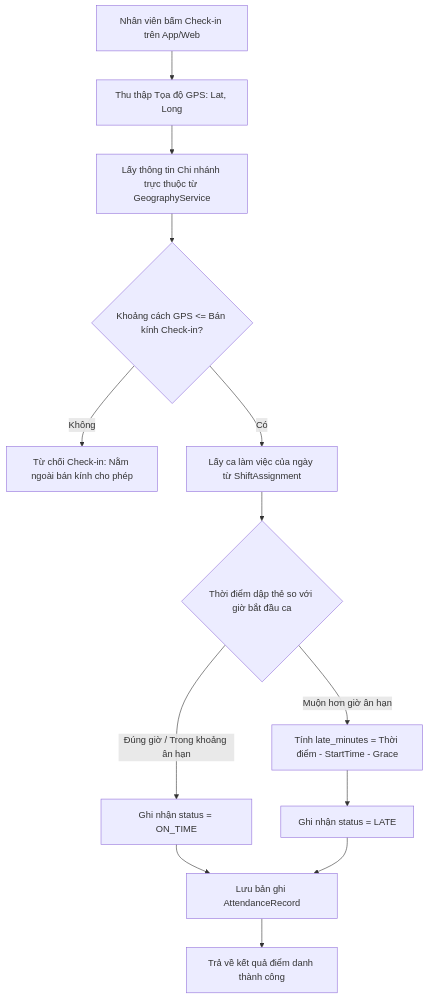
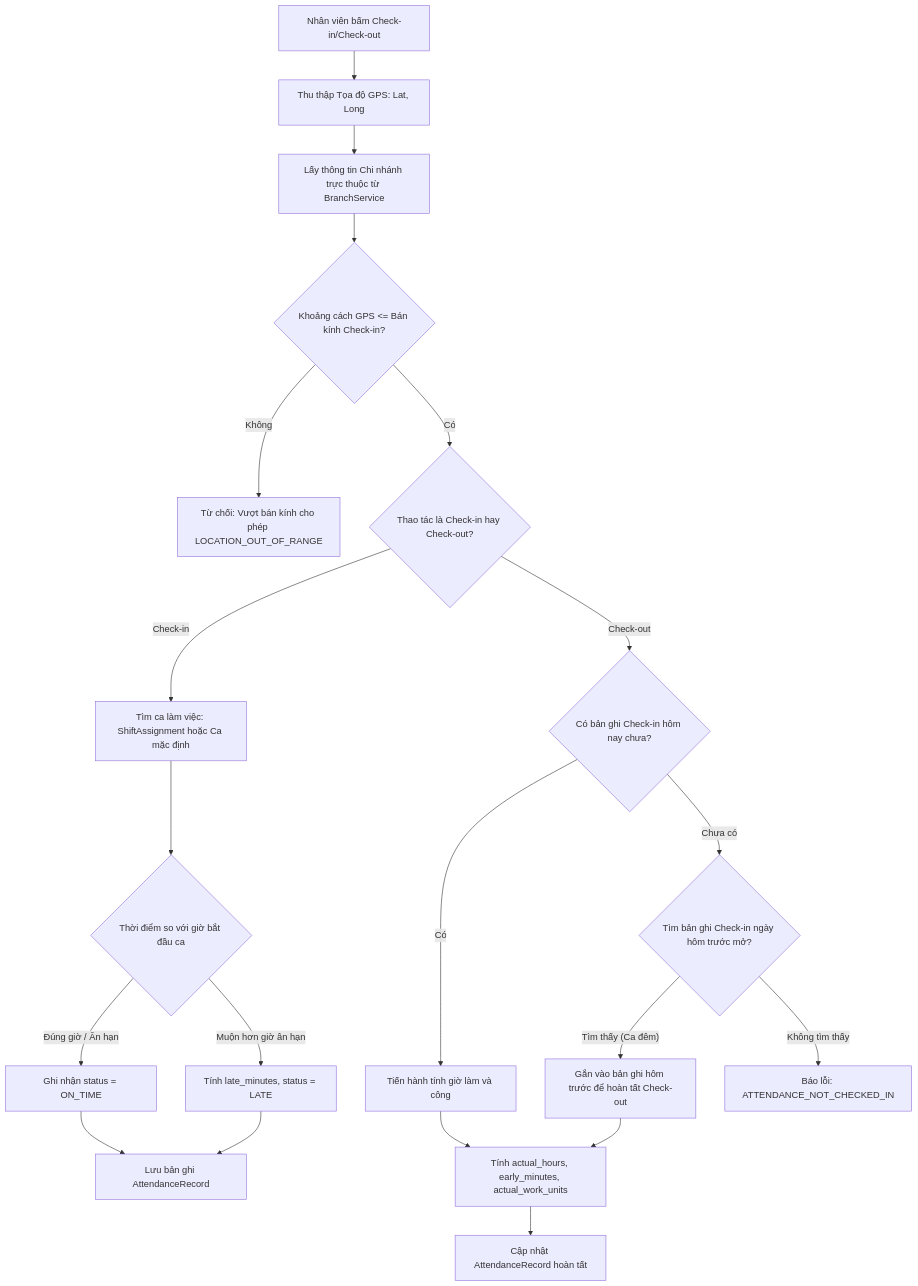
The second of 3 diagrams in docs/ba/quan-ly-cham-cong-attendance.md (henruysun2511/cyclosa_backend), drawn with Mermaid before and after one commit. The commit also changed other lines of this file and 131 other files, not shown here.

````diff
--- a/docs/ba/quan-ly-cham-cong-attendance.md
+++ b/docs/ba/quan-ly-cham-cong-attendance.md
@@ -261,15 +286,24 @@
 ```mermaid
 flowchart TD
-    A[Nhân viên bấm Check-in trên App/Web] --> B[Thu thập Tọa độ GPS: Lat, Long]
-    B --> C[Lấy thông tin Chi nhánh trực thuộc từ GeographyService]
+    A[Nhân viên bấm Check-in/Check-out] --> B[Thu thập Tọa độ GPS: Lat, Long]
+    B --> C[Lấy thông tin Chi nhánh trực thuộc từ BranchService]
     C --> D{Khoảng cách GPS <= Bán kính Check-in?}
-    D -- Không --> E[Từ chối Check-in: Nằm ngoài bán kính cho phép]
-    D -- Có --> F[Lấy ca làm việc của ngày từ ShiftAssignment]
-    F --> G{Thời điểm dập thẻ so với giờ bắt đầu ca}
-    G -- Đúng giờ / Trong khoảng ân hạn --> H[Ghi nhận status = ON_TIME]
-    G -- Muộn hơn giờ ân hạn --> I[Tính late_minutes = Thời điểm - StartTime - Grace]
-    I --> J[Ghi nhận status = LATE]
-    H --> K[Lưu bản ghi AttendanceRecord]
+    D -- Không --> E[Từ chối: Vượt bán kính cho phép LOCATION_OUT_OF_RANGE]
+    D -- Có --> F{Thao tác là Check-in hay Check-out?}
+    
+    F -- Check-in --> G[Tìm ca làm việc: ShiftAssignment hoặc Ca mặc định]
+    G --> H{Thời điểm so với giờ bắt đầu ca}
+    H -- Đúng giờ / Ân hạn --> I[Ghi nhận status = ON_TIME]
+    H -- Muộn hơn giờ ân hạn --> J[Tính late_minutes, status = LATE]
+    I --> K[Lưu bản ghi AttendanceRecord]
     J --> K
-    K --> L[Trả về kết quả điểm danh thành công]
+
+    F -- Check-out --> L{Có bản ghi Check-in hôm nay chưa?}
+    L -- Có --> M[Tiến hành tính giờ làm và công]
+    L -- Chưa có --> N{Tìm bản ghi Check-in ngày hôm trước mở?}
+    N -- Tìm thấy (Ca đêm) --> O[Gắn vào bản ghi hôm trước để hoàn tất Check-out]
+    N -- Không tìm thấy --> P[Báo lỗi: ATTENDANCE_NOT_CHECKED_IN]
+    M --> Q[Tính actual_hours, early_minutes, actual_work_units]
+    O --> Q
+    Q --> R[Cập nhật AttendanceRecord hoàn tất]
 ```
````
